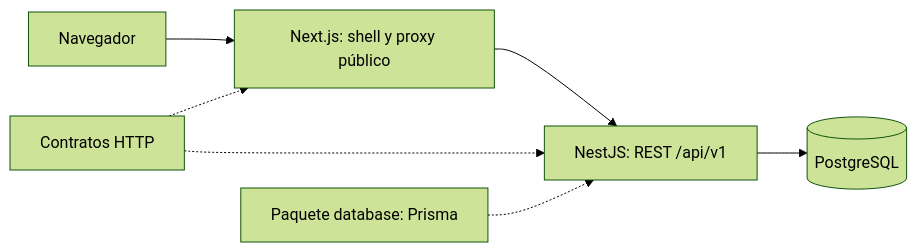
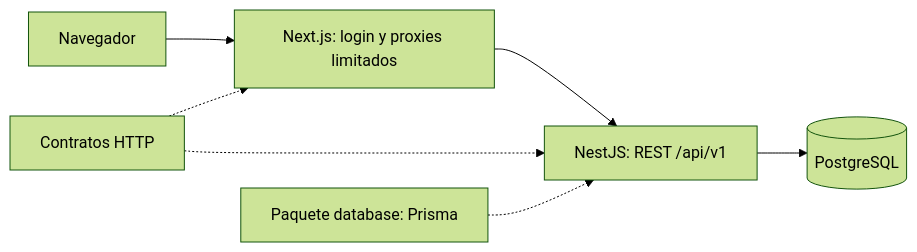
Before and after one commit to sebazarazua/MaxBio: the diagram in docs/architecture/overview.md, drawn with Mermaid (forest theme). The commit also changed other lines of this file and 243 other files, not shown here.

````diff
--- a/docs/architecture/overview.md
+++ b/docs/architecture/overview.md
@@ -7,9 +7,9 @@
 ```mermaid
 flowchart LR
-  Browser[Navegador] --> Web[Next.js: shell y proxy público]
+  Browser[Navegador] --> Web[Next.js: login y proxies limitados]
   Web --> API[NestJS: REST /api/v1]
   API --> DB[(PostgreSQL)]
   Contracts[Contratos HTTP] -.-> Web
   Contracts -.-> API
   Prisma[Paquete database: Prisma] -.-> API
 ```
````
